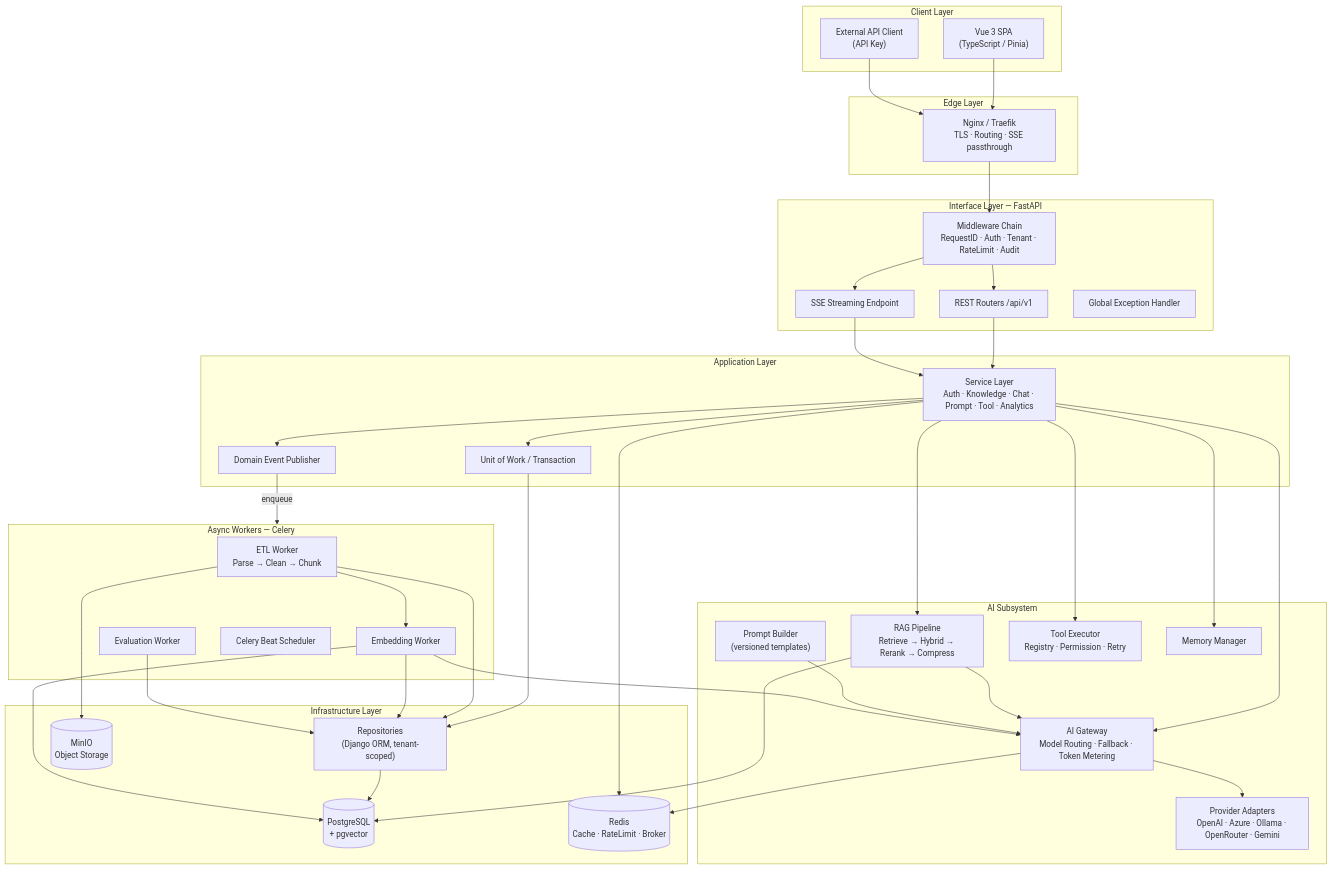
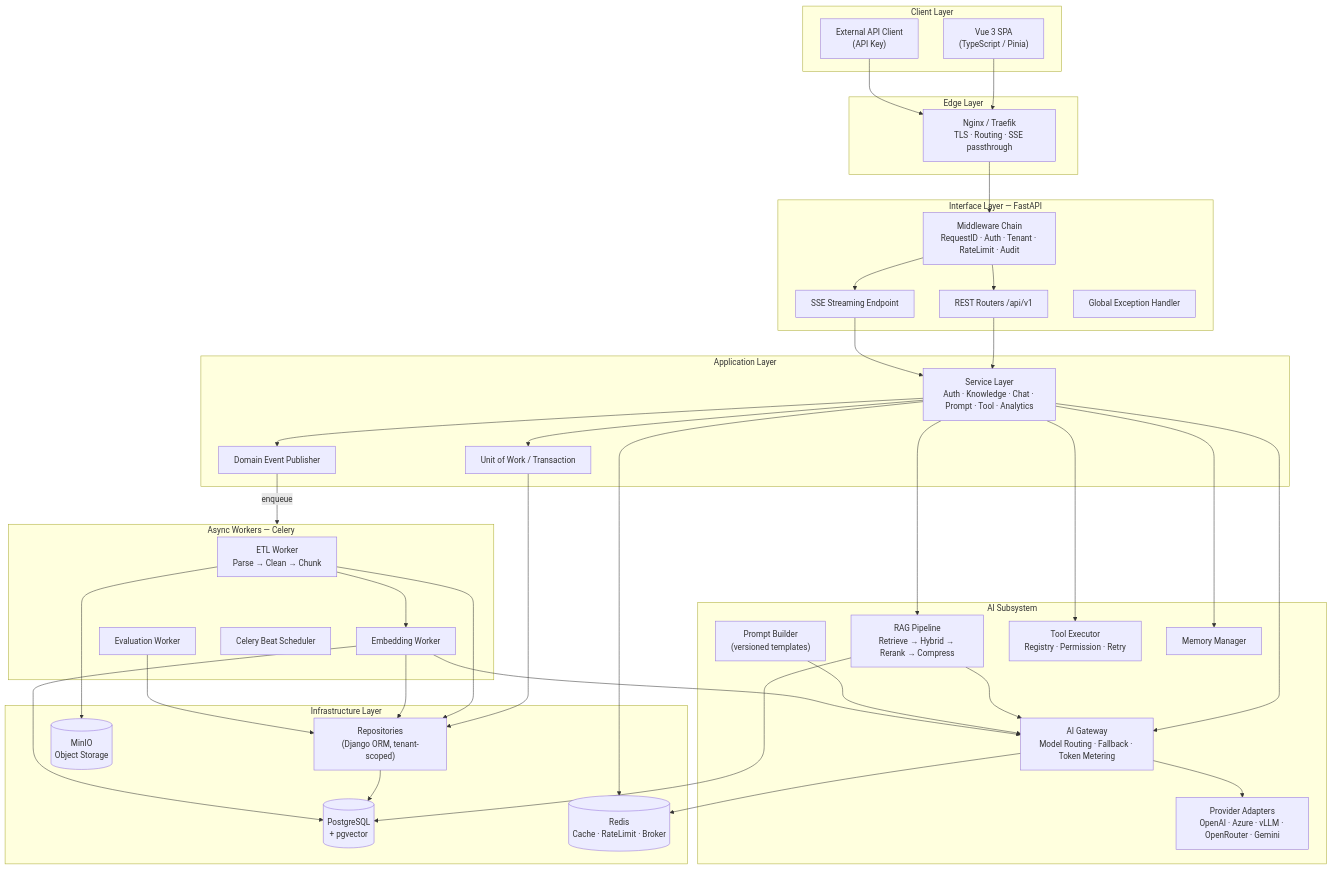
The first of 3 diagrams in docs/plan/01_系統架構總覽.md (lucifer3049/lumina_ai), drawn with Mermaid before and after one commit. The commit also changed 19 other files, not shown here.

````diff
--- a/docs/plan/01_系統架構總覽.md
+++ b/docs/plan/01_系統架構總覽.md
@@ -30,71 +30,71 @@
 ```mermaid
 flowchart TB
     subgraph Client["Client Layer"]
         WEB["Vue 3 SPA<br/>(TypeScript / Pinia)"]
         APIC["External API Client<br/>(API Key)"]
     end
 
     subgraph Edge["Edge Layer"]
         NGINX["Nginx / Traefik<br/>TLS · Routing · SSE passthrough"]
     end
 
     subgraph API["Interface Layer — FastAPI"]
         MW["Middleware Chain<br/>RequestID · Auth · Tenant · RateLimit · Audit"]
         REST["REST Routers /api/v1"]
         SSE["SSE Streaming Endpoint"]
         EXH["Global Exception Handler"]
     end
 
     subgraph APP["Application Layer"]
         SVC["Service Layer<br/>Auth · Knowledge · Chat · Prompt · Tool · Analytics"]
         UOW["Unit of Work / Transaction"]
         EVT["Domain Event Publisher"]
     end
 
     subgraph AI["AI Subsystem"]
         GW["AI Gateway<br/>Model Routing · Fallback · Token Metering"]
-        PROV["Provider Adapters<br/>OpenAI · Azure · Ollama · OpenRouter · Gemini"]
+        PROV["Provider Adapters<br/>OpenAI · Azure · vLLM · OpenRouter · Gemini"]
         RAGP["RAG Pipeline<br/>Retrieve → Hybrid → Rerank → Compress"]
         PB["Prompt Builder<br/>(versioned templates)"]
         TOOLX["Tool Executor<br/>Registry · Permission · Retry"]
         MEM["Memory Manager"]
     end
 
     subgraph INFRA["Infrastructure Layer"]
         REPO["Repositories<br/>(Django ORM, tenant-scoped)"]
         PG[("PostgreSQL<br/>+ pgvector")]
         RD[("Redis<br/>Cache · RateLimit · Broker")]
         MIO[("MinIO<br/>Object Storage")]
     end
 
     subgraph ASYNC["Async Workers — Celery"]
         ETLW["ETL Worker<br/>Parse → Clean → Chunk"]
         EMBW["Embedding Worker"]
         EVALW["Evaluation Worker"]
         SCHED["Celery Beat Scheduler"]
     end
 
     WEB --> NGINX
     APIC --> NGINX
     NGINX --> MW --> REST & SSE
     REST --> SVC
     SSE --> SVC
     SVC --> UOW --> REPO --> PG
     SVC --> GW
     SVC --> RAGP
     SVC --> EVT
     GW --> PROV
     RAGP --> PG
     RAGP --> GW
     PB --> GW
     SVC --> TOOLX
     SVC --> MEM
     EVT -->|enqueue| ASYNC
     ETLW --> MIO
     ETLW --> EMBW
     EMBW --> GW
     EMBW --> PG
     ETLW & EMBW & EVALW --> REPO
     SVC --> RD
     GW --> RD
 ```
````
